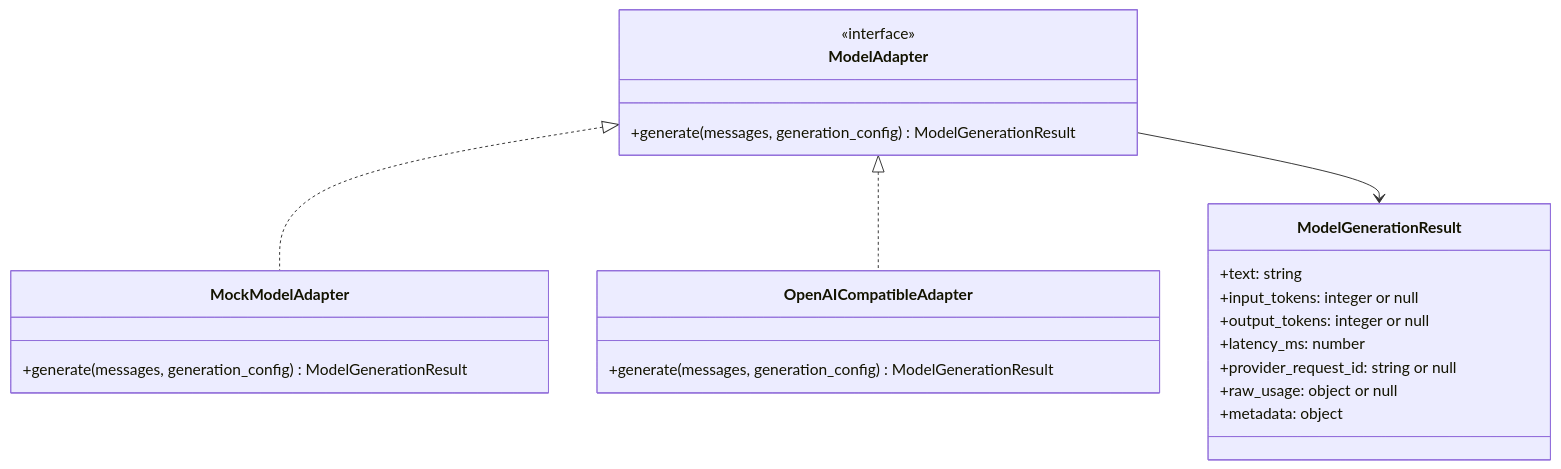
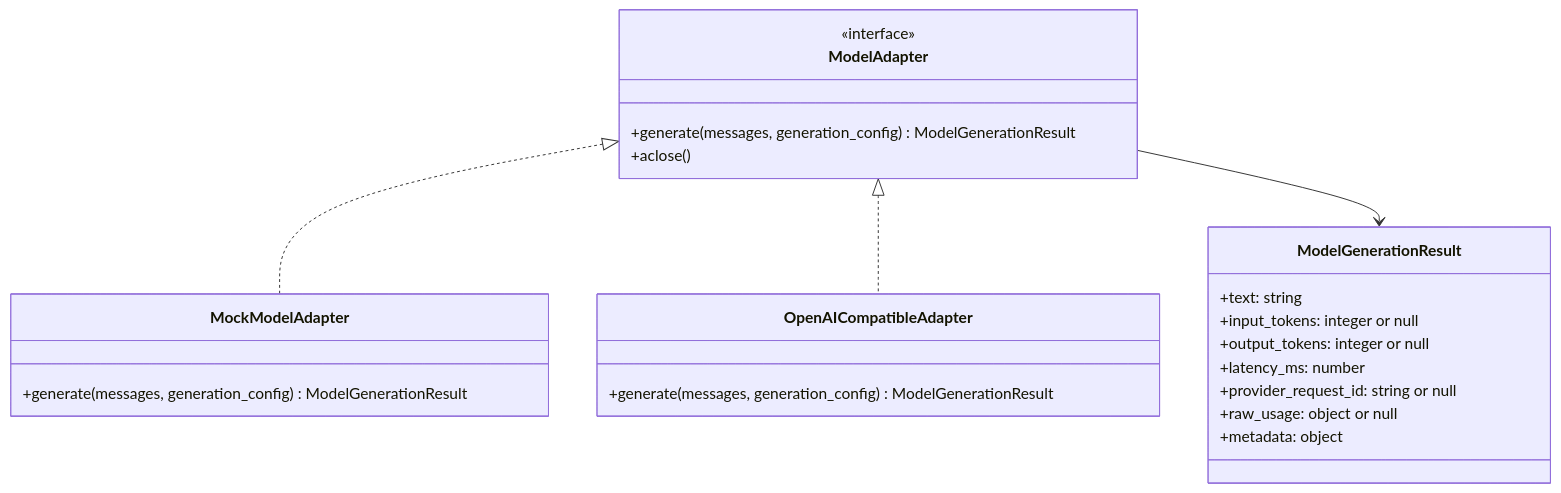
One commit to CWNU-Open-Source-Community/LLMBenchLab changed the fifth of 7 diagrams in docs/ARCHITECTURE.md. Above: the diagram before and after it, drawn with Mermaid. The commit also changed other lines of this file and 46 other files, not shown here.

````diff
--- a/docs/ARCHITECTURE.md
+++ b/docs/ARCHITECTURE.md
@@ -208,26 +244,27 @@
 ```mermaid
 classDiagram
     class ModelAdapter {
         <<interface>>
         +generate(messages, generation_config) ModelGenerationResult
+        +aclose()
     }
     class MockModelAdapter {
         +generate(messages, generation_config) ModelGenerationResult
     }
     class OpenAICompatibleAdapter {
         +generate(messages, generation_config) ModelGenerationResult
     }
     class ModelGenerationResult {
         +text: string
         +input_tokens: integer or null
         +output_tokens: integer or null
         +latency_ms: number
         +provider_request_id: string or null
         +raw_usage: object or null
         +metadata: object
     }
 
     ModelAdapter <|.. MockModelAdapter
     ModelAdapter <|.. OpenAICompatibleAdapter
     ModelAdapter --> ModelGenerationResult
 ```
````
